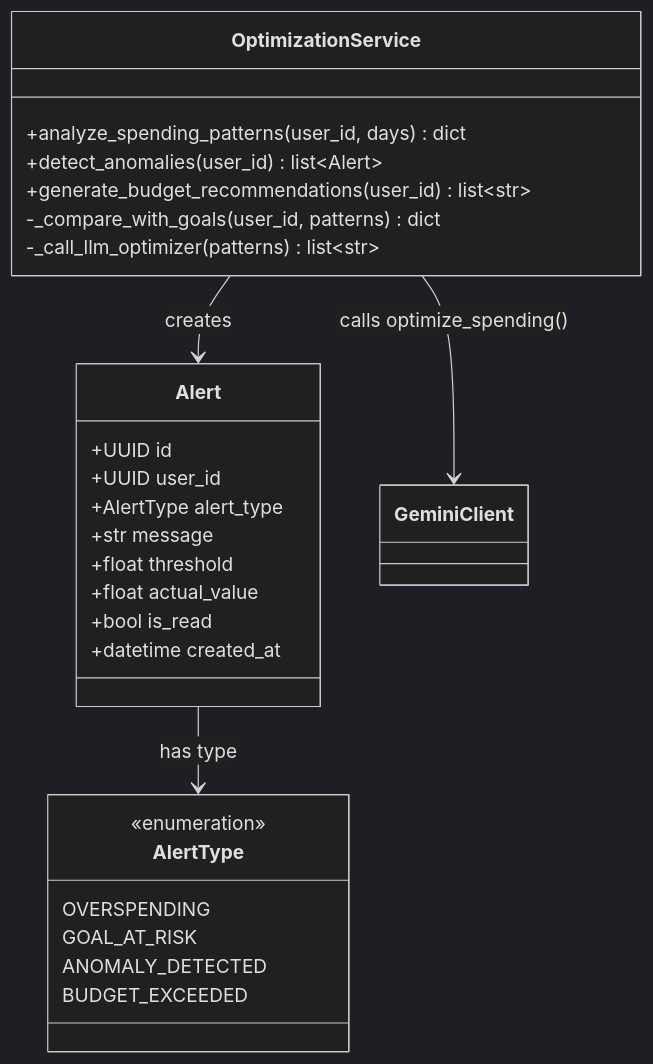
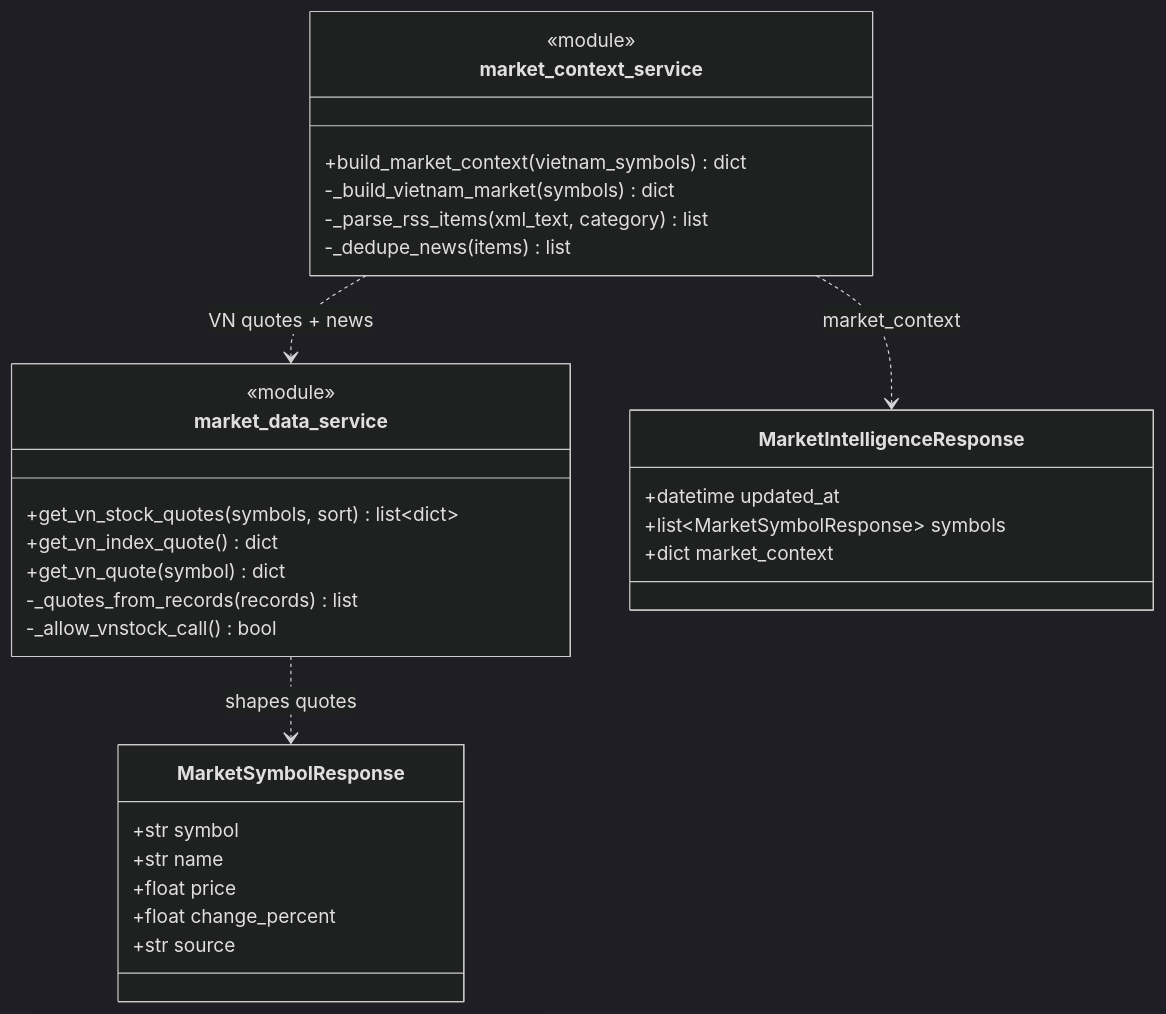
Before and after one commit to quanpro147/Spend-Sense-AI: diagram 11 of 14 in docs/SAD.md, drawn with Mermaid (dark theme). The commit also changed other lines of this file, not shown here.

````diff
--- a/docs/SAD.md
+++ b/docs/SAD.md
@@ -769,33 +884,36 @@
 ```mermaid
 classDiagram
-    class AlertType {
-        <<enumeration>>
-        OVERSPENDING
-        GOAL_AT_RISK
-        ANOMALY_DETECTED
-        BUDGET_EXCEEDED
+    class market_data_service {
+        <<module>>
+        +get_vn_stock_quotes(symbols, sort) list~dict~
+        +get_vn_index_quote() dict
+        +get_vn_quote(symbol) dict
+        -_quotes_from_records(records) list
+        -_allow_vnstock_call() bool
     }
 
-    class Alert {
-        +UUID id
-        +UUID user_id
-        +AlertType alert_type
-        +str message
-        +float threshold
-        +float actual_value
-        +bool is_read
-        +datetime created_at
+    class market_context_service {
+        <<module>>
+        +build_market_context(vietnam_symbols) dict
+        -_build_vietnam_market(symbols) dict
+        -_parse_rss_items(xml_text, category) list
+        -_dedupe_news(items) list
     }
 
-    class OptimizationService {
-        +analyze_spending_patterns(user_id, days) dict
-        +detect_anomalies(user_id) list~Alert~
-        +generate_budget_recommendations(user_id) list~str~
-        -_compare_with_goals(user_id, patterns) dict
-        -_call_llm_optimizer(patterns) list~str~
+    class MarketSymbolResponse {
+        +str symbol
+        +str name
+        +float price
+        +float change_percent
+        +str source
+    }
+    class MarketIntelligenceResponse {
+        +datetime updated_at
+        +list~MarketSymbolResponse~ symbols
+        +dict market_context
     }
 
-    OptimizationService --> Alert : creates
-    OptimizationService --> GeminiClient : calls optimize_spending()
-    Alert --> AlertType : has type
+    market_data_service ..> MarketSymbolResponse : shapes quotes
+    market_context_service ..> market_data_service : VN quotes + news
+    market_context_service ..> MarketIntelligenceResponse : market_context
 ```
````
